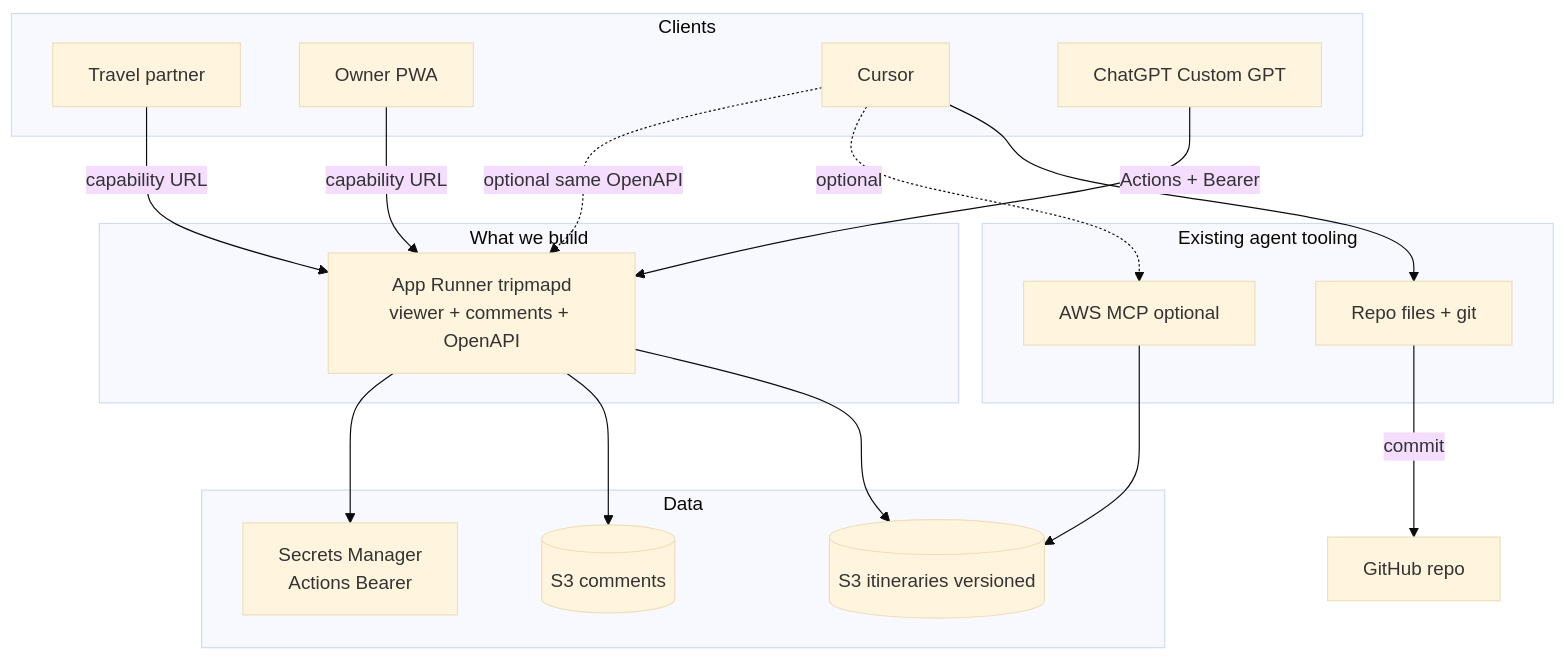
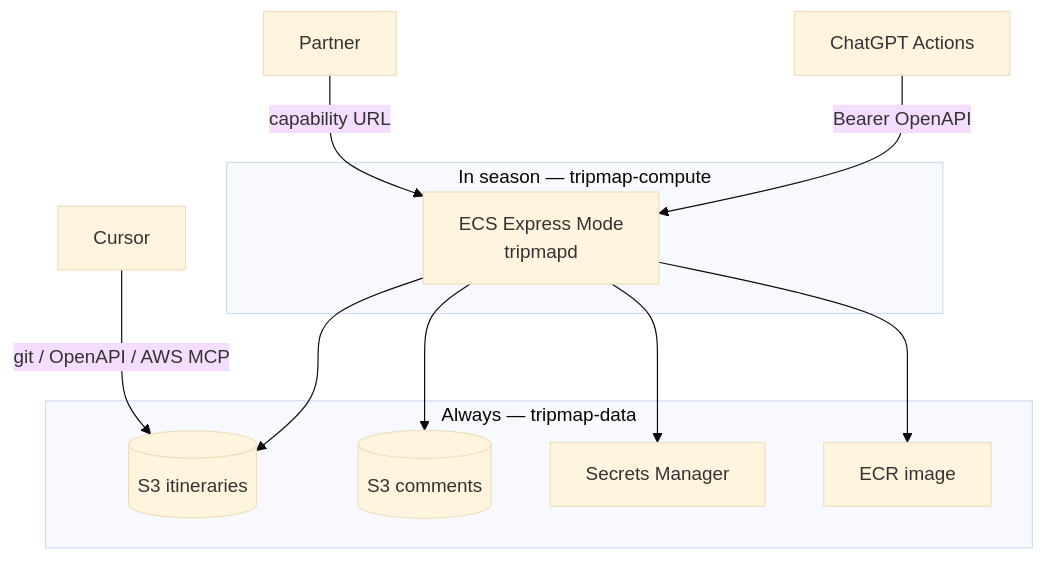
One commit to yaronf/tripmap changed the diagram in docs/aws-deployment.md. Above: the diagram before and after it, drawn with Mermaid (base theme). The commit also changed other lines of this file and 1 other file, not shown here.

First line of the commit message:
Add CloudFormation data stack and lock ECS Express Mode plan.

````diff
--- a/docs/aws-deployment.md
+++ b/docs/aws-deployment.md
@@ -61,36 +117,21 @@
 ```mermaid
 flowchart TB
-  subgraph clients [Clients]
-    partner[Travel partner]
-    you[Owner PWA]
-    cursor[Cursor]
-    gpt[ChatGPT Custom GPT]
+  subgraph season [In season — tripmap-compute]
+    ecs[ECS Express Mode<br/>tripmapd]
   end
 
-  subgraph existing [Existing agent tooling]
-    awsmcp[AWS MCP optional]
-    ghtools[Repo files + git]
+  subgraph always [Always — tripmap-data]
+    s3y[(S3 itineraries)]
+    s3c[(S3 comments)]
+    sm[Secrets Manager]
+    ecr[ECR image]
   end
 
-  subgraph compute [What we build]
-    ar[App Runner tripmapd<br/>viewer + comments + OpenAPI]
-  end
-
-  subgraph data [Data]
-    s3y[(S3 itineraries versioned)]
-    s3c[(S3 comments)]
-    sm[Secrets Manager<br/>Actions Bearer]
-  end
-
-  partner -->|capability URL| ar
-  you -->|capability URL| ar
-  gpt -->|Actions + Bearer| ar
-  cursor --> ghtools
-  cursor -.->|optional| awsmcp
-  cursor -.->|optional same OpenAPI| ar
-  awsmcp --> s3y
-  ghtools -->|commit| gh[GitHub repo]
-  ar --> s3y
-  ar --> s3c
-  ar --> sm
+  partner[Partner] -->|capability URL| ecs
+  gpt[ChatGPT Actions] -->|Bearer OpenAPI| ecs
+  cursor[Cursor] -->|git / OpenAPI / AWS MCP| s3y
+  ecs --> s3y
+  ecs --> s3c
+  ecs --> sm
+  ecs --> ecr
 ```
````
